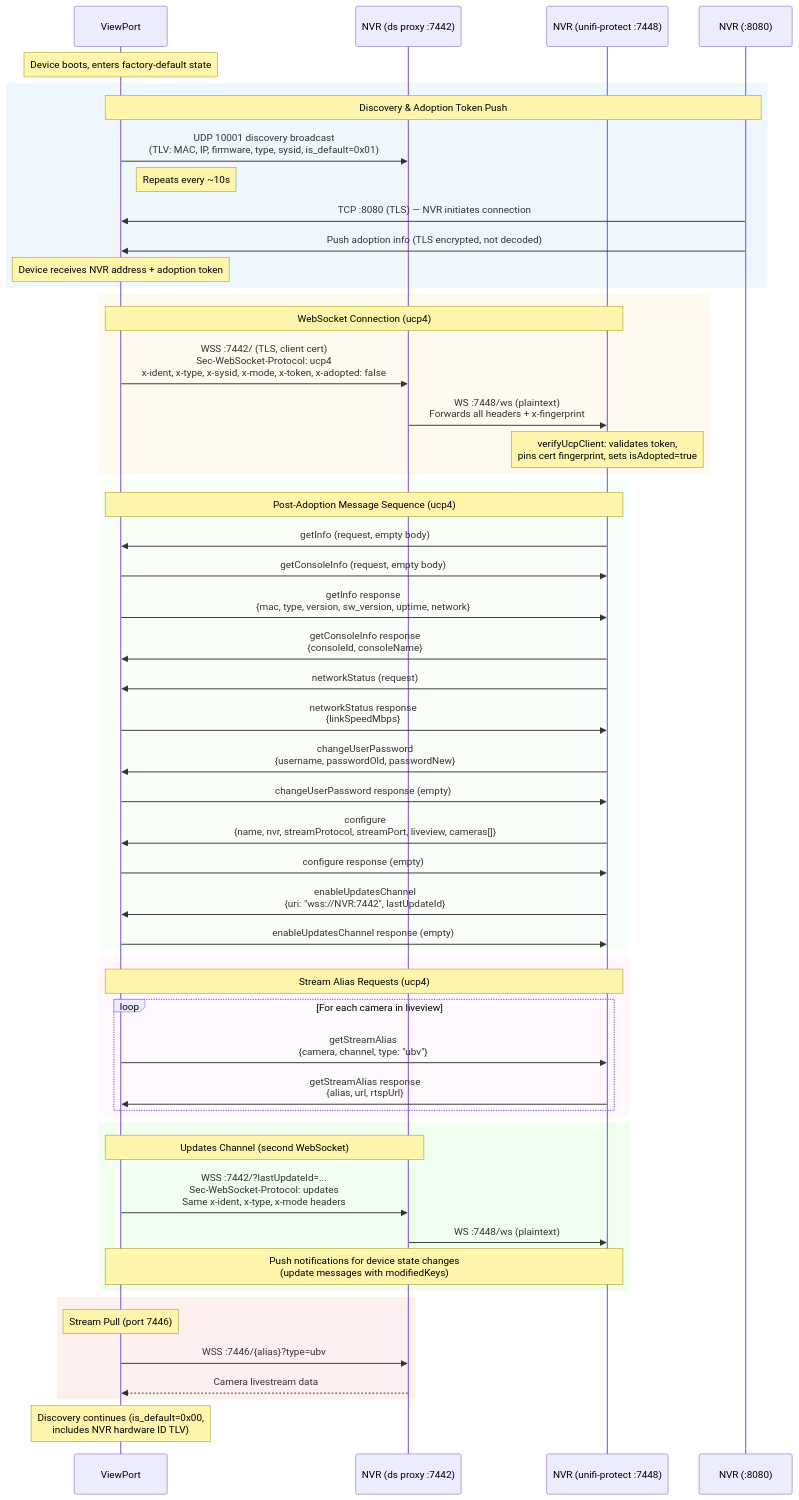
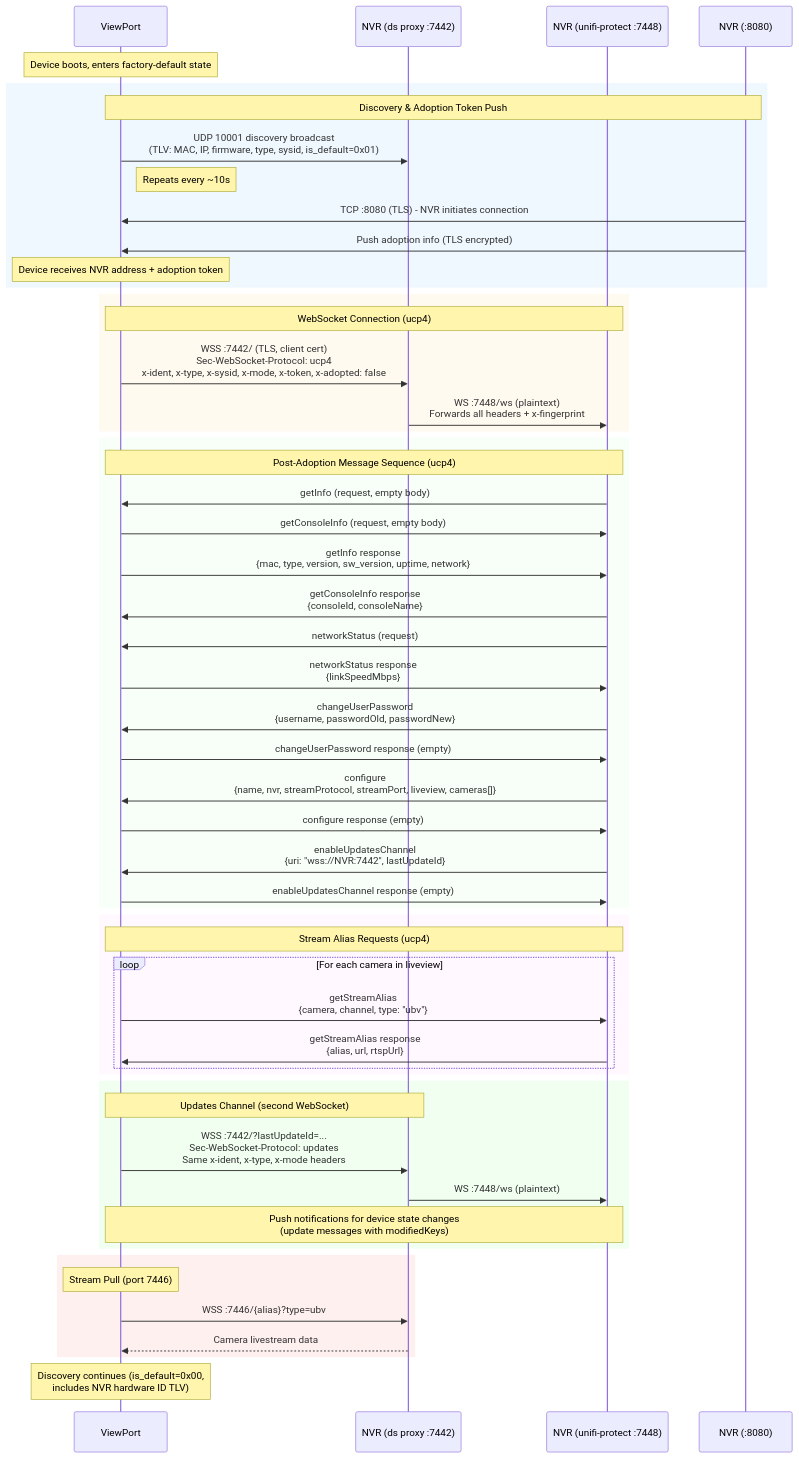
The diagram in spec/flow.md (Silvenga/unifi-viewport-sdk), drawn with Mermaid before and after one commit. The commit also changed other lines of this file and 5 other files, not shown here.

````diff
--- a/spec/flow.md
+++ b/spec/flow.md
@@ -3,64 +5,63 @@
 ```mermaid
 sequenceDiagram
     participant Device as ViewPort
     participant DS as NVR (ds proxy :7442)
     participant Backend as NVR (unifi-protect :7448)
     participant NVR8080 as NVR (:8080)
 
     Note over Device: Device boots, enters factory-default state
 
     rect rgb(240, 248, 255)
         Note over Device,NVR8080: Discovery & Adoption Token Push
         Device->>DS: UDP 10001 discovery broadcast<br/>(TLV: MAC, IP, firmware, type, sysid, is_default=0x01)
         Note right of Device: Repeats every ~10s
-        NVR8080->>Device: TCP :8080 (TLS) — NVR initiates connection
-        NVR8080->>Device: Push adoption info (TLS encrypted, not decoded)
+        NVR8080->>Device: TCP :8080 (TLS) - NVR initiates connection
+        NVR8080->>Device: Push adoption info (TLS encrypted)
         Note over Device: Device receives NVR address + adoption token
     end
 
     rect rgb(255, 250, 240)
         Note over Device,Backend: WebSocket Connection (ucp4)
         Device->>DS: WSS :7442/ (TLS, client cert)<br/>Sec-WebSocket-Protocol: ucp4<br/>x-ident, x-type, x-sysid, x-mode, x-token, x-adopted: false
         DS->>Backend: WS :7448/ws (plaintext)<br/>Forwards all headers + x-fingerprint
-        Note over Backend: verifyUcpClient: validates token,<br/>pins cert fingerprint, sets isAdopted=true
     end
 
     rect rgb(248, 255, 248)
         Note over Device,Backend: Post-Adoption Message Sequence (ucp4)
         Backend->>Device: getInfo (request, empty body)
         Device->>Backend: getConsoleInfo (request, empty body)
         Device->>Backend: getInfo response<br/>{mac, type, version, sw_version, uptime, network}
         Backend->>Device: getConsoleInfo response<br/>{consoleId, consoleName}
         Backend->>Device: networkStatus (request)
         Device->>Backend: networkStatus response<br/>{linkSpeedMbps}
         Backend->>Device: changeUserPassword<br/>{username, passwordOld, passwordNew}
         Device->>Backend: changeUserPassword response (empty)
         Backend->>Device: configure<br/>{name, nvr, streamProtocol, streamPort, liveview, cameras[]}
         Device->>Backend: configure response (empty)
         Backend->>Device: enableUpdatesChannel<br/>{uri: "wss://NVR:7442", lastUpdateId}
         Device->>Backend: enableUpdatesChannel response (empty)
     end
 
     rect rgb(255, 248, 255)
         Note over Device,Backend: Stream Alias Requests (ucp4)
         loop For each camera in liveview
             Device->>Backend: getStreamAlias<br/>{camera, channel, type: "ubv"}
             Backend->>Device: getStreamAlias response<br/>{alias, url, rtspUrl}
         end
     end
 
     rect rgb(240, 255, 240)
         Note over Device,DS: Updates Channel (second WebSocket)
         Device->>DS: WSS :7442/?lastUpdateId=...<br/>Sec-WebSocket-Protocol: updates<br/>Same x-ident, x-type, x-mode headers
         DS->>Backend: WS :7448/ws (plaintext)
         Note over Device,Backend: Push notifications for device state changes<br/>(update messages with modifiedKeys)
     end
 
     rect rgb(255, 240, 240)
         Note over Device: Stream Pull (port 7446)
         Device->>DS: WSS :7446/{alias}?type=ubv
         DS-->>Device: Camera livestream data
     end
 
     Note over Device: Discovery continues (is_default=0x00,<br/>includes NVR hardware ID TLV)
 ```
````
